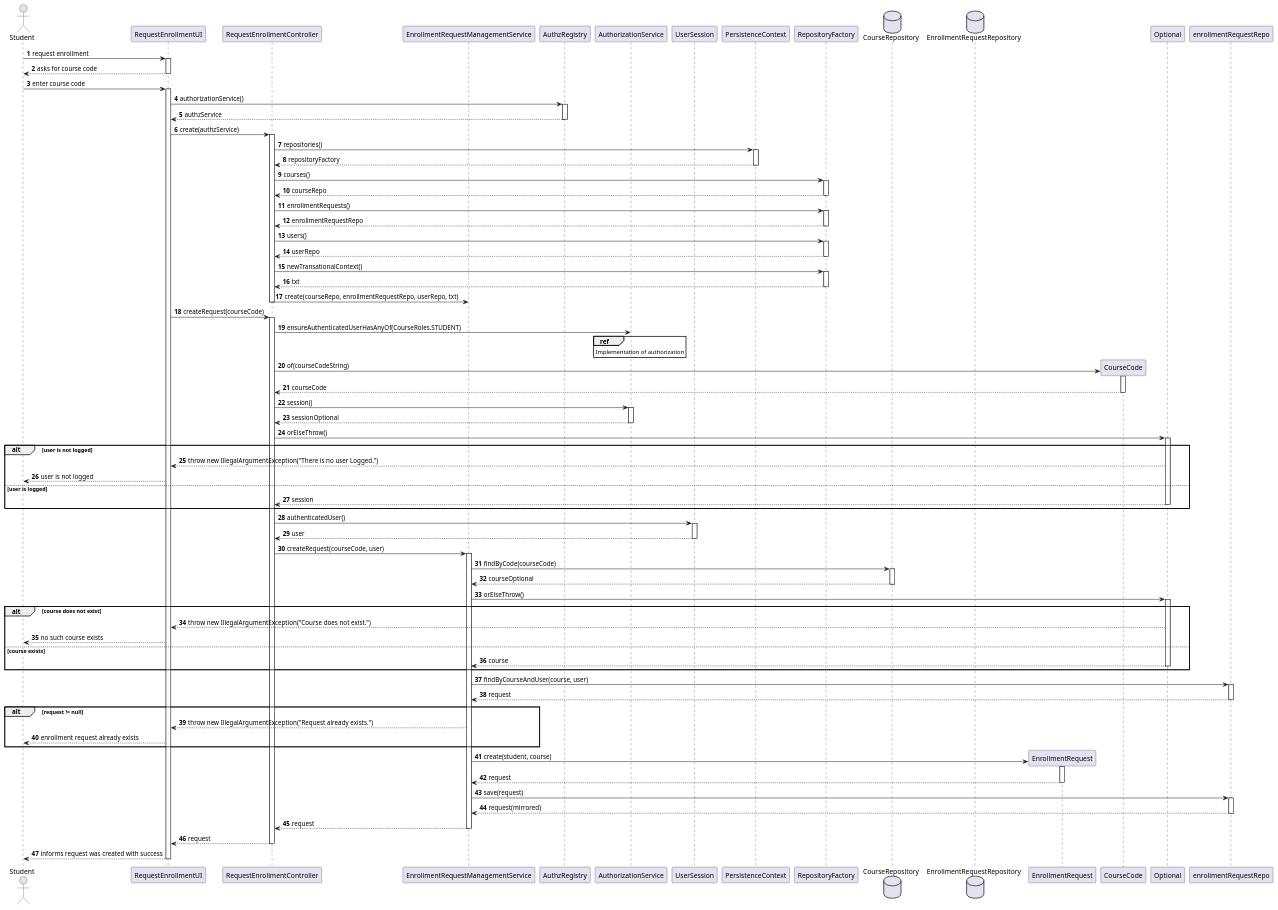
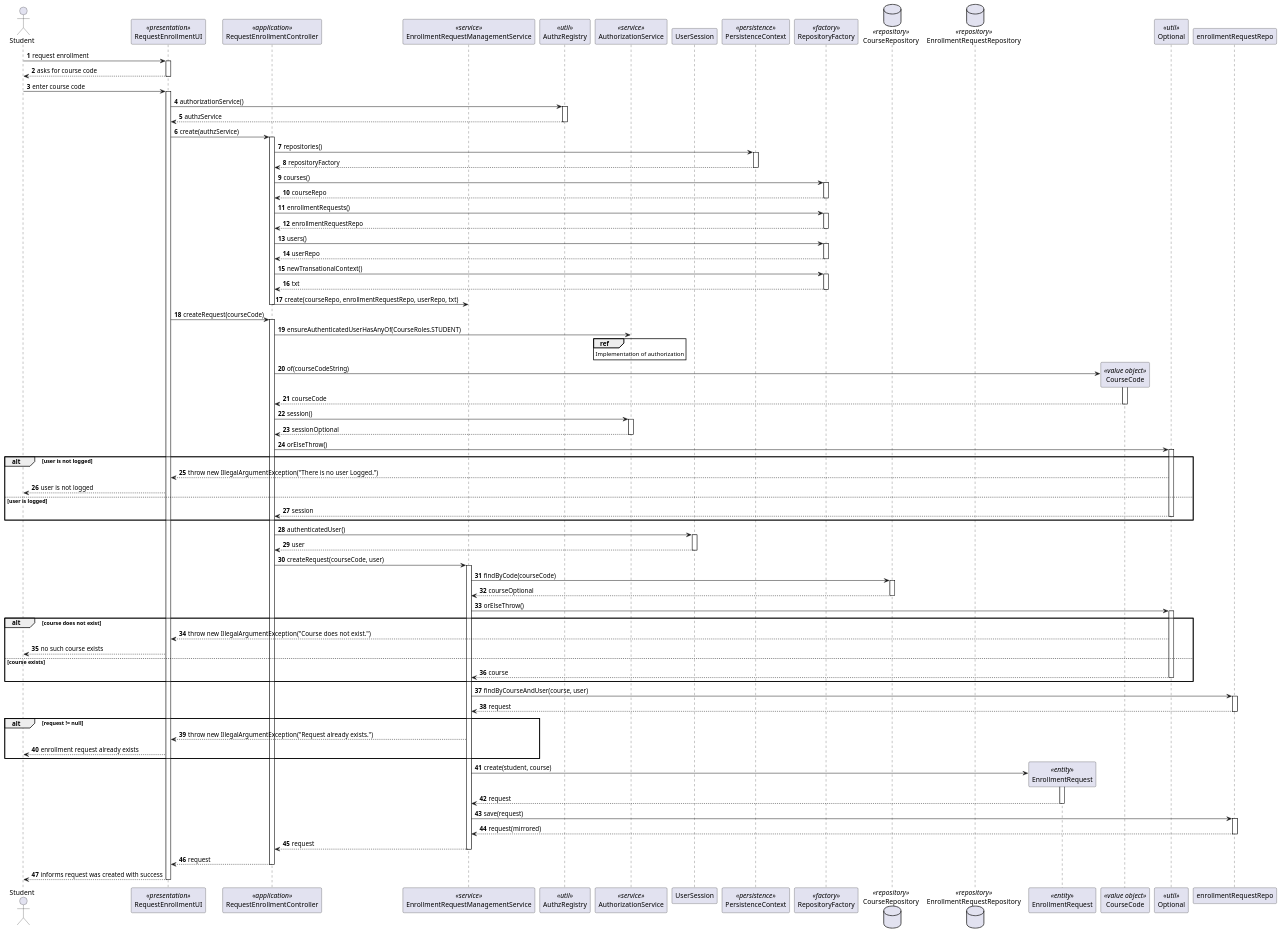
The diagram in docs/SPRINT B/US_1008/SD/SD.puml (brunacosta03/sem4pi_22_23), drawn with PlantUML before and after one commit. The commit also changed 1 other file, not shown here.

```diff
--- a/docs/SPRINT B/US_1008/SD/SD.puml
+++ b/docs/SPRINT B/US_1008/SD/SD.puml
@@ -1,150 +1,150 @@
 @startuml
 'https://plantuml.com/sequence-diagram
 
 autonumber
 
 actor Student as student
 
-participant RequestEnrollmentUI as ui
+participant RequestEnrollmentUI as ui <<presentation>>
 
-participant RequestEnrollmentController as ctrl
+participant RequestEnrollmentController as ctrl <<application>>
 
-participant EnrollmentRequestManagementService as svc
-participant AuthzRegistry as registry
-participant AuthorizationService as authz
+participant EnrollmentRequestManagementService as svc <<service>>
+participant AuthzRegistry as registry <<util>>
+participant AuthorizationService as authz <<service>>
 participant UserSession as userSession
 
-participant PersistenceContext as ctx
-participant RepositoryFactory as repoFactory
+participant PersistenceContext as ctx <<persistence>>
+participant RepositoryFactory as repoFactory <<factory>>
 
-database CourseRepository as courseRepo
-database EnrollmentRequestRepository as requestRepo
-participant EnrollmentRequest as enrollmentRequest
+database CourseRepository as courseRepo <<repository>>
+database EnrollmentRequestRepository as requestRepo <<repository>>
+participant EnrollmentRequest as enrollmentRequest <<entity>>
 
-participant CourseCode as courseCode
-participant Optional as opt
+participant CourseCode as courseCode <<value object>>
+participant Optional as opt <<util>>
 
 
 student -> ui: request enrollment
 activate ui
 ui --> student: asks for course code
 deactivate ui
 
 student -> ui: enter course code
 activate ui
 
 ui -> registry: authorizationService()
 activate registry
 registry --> ui: authzService
 deactivate registry
 ui -> ctrl: create(authzService)
 activate ctrl
 ctrl -> ctx: repositories()
 activate ctx
 ctx --> ctrl: repositoryFactory
 deactivate ctx
 ctrl -> repoFactory: courses()
 activate repoFactory
 repoFactory --> ctrl: courseRepo
 deactivate repoFactory
 
 ctrl -> repoFactory: enrollmentRequests()
 activate repoFactory
 repoFactory --> ctrl: enrollmentRequestRepo
 deactivate repoFactory
 
 ctrl -> repoFactory: users()
 activate repoFactory
 repoFactory --> ctrl: userRepo
 deactivate repoFactory
 
 ctrl -> repoFactory: newTransationalContext()
 activate repoFactory
 repoFactory --> ctrl: txt
 deactivate repoFactory
 ctrl -> svc: create(courseRepo, enrollmentRequestRepo, userRepo, txt)
 deactivate ctrl
 
 ui -> ctrl: createRequest(courseCode)
 activate ctrl
 
 ctrl -> authz: ensureAuthenticatedUserHasAnyOf(CourseRoles.STUDENT)
 ref over authz
     Implementation of authorization
 end ref
 
 ctrl -> courseCode**: of(courseCodeString)
 activate courseCode
 courseCode --> ctrl: courseCode
 deactivate courseCode
 ctrl -> authz: session()
 activate authz
 authz --> ctrl: sessionOptional
 deactivate authz
 ctrl -> opt: orElseThrow()
 activate opt
 
 alt user is not logged
     opt --> ui: throw new IllegalArgumentException("There is no user Logged.")
     ui --> student: user is not logged
 else user is logged
     opt --> ctrl: session
     deactivate opt
 end alt
 
 ctrl -> userSession: authenticatedUser()
 activate userSession
 userSession --> ctrl: user
 deactivate userSession
 
 ctrl -> svc: createRequest(courseCode, user)
 activate svc
 
 svc -> courseRepo: findByCode(courseCode)
 activate courseRepo
 courseRepo --> svc: courseOptional
 deactivate courseRepo
 svc -> opt: orElseThrow()
 activate opt
 
 alt course does not exist
     opt --> ui: throw new IllegalArgumentException("Course does not exist.")
     ui --> student: no such course exists
 else course exists
     opt --> svc: course
     deactivate opt
 end alt
 
 svc -> enrollmentRequestRepo: findByCourseAndUser(course, user)
 activate enrollmentRequestRepo
 enrollmentRequestRepo --> svc: request
 deactivate enrollmentRequestRepo
 
 alt request != null
     svc --> ui : throw new IllegalArgumentException("Request already exists.")
     ui --> student: enrollment request already exists
 end alt
 
 svc -> enrollmentRequest**: create(student, course)
 activate enrollmentRequest
 enrollmentRequest --> svc: request
 deactivate enrollmentRequest
 
 svc -> enrollmentRequestRepo: save(request)
 activate enrollmentRequestRepo
 enrollmentRequestRepo --> svc: request(mirrored)
 deactivate enrollmentRequestRepo
 
 svc --> ctrl: request
 deactivate svc
 
 ctrl --> ui: request
 deactivate ctrl
 
 ui --> student: informs request was created with success
 deactivate ui
 
 
 
 
 @enduml
```
